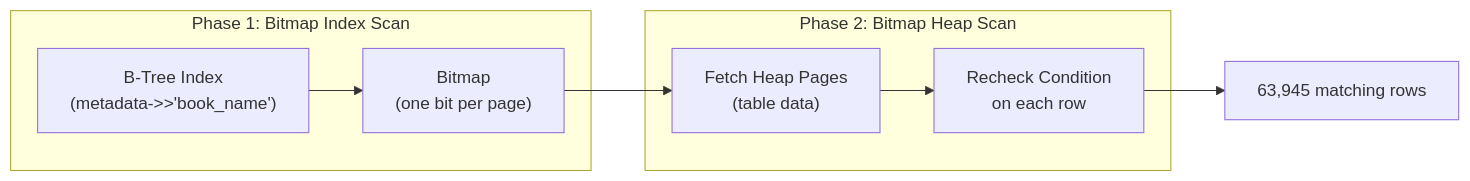
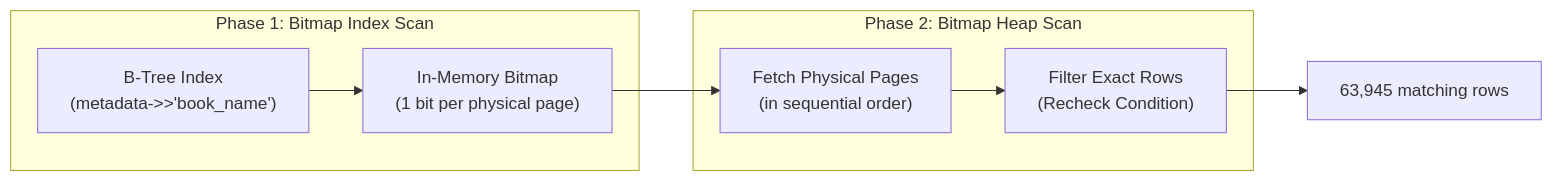
The second of 6 diagrams in README.md (tharindu-sankalpa/pgvector-filtering-investigation), drawn with Mermaid before and after one commit. The commit also changed other lines of this file, not shown here.

````diff
--- a/README.md
+++ b/README.md
@@ -309,11 +328,11 @@
 ```mermaid
 flowchart LR
     subgraph "Phase 1: Bitmap Index Scan"
-        BT["B-Tree Index<br/>(metadata->>'book_name')"] --> BM["Bitmap<br/>(one bit per page)"]
+        BT["B-Tree Index<br/>(metadata->>'book_name')"] --> BM["In-Memory Bitmap<br/>(1 bit per physical page)"]
     end
     subgraph "Phase 2: Bitmap Heap Scan"
-        BM --> HP["Fetch Heap Pages<br/>(table data)"]
-        HP --> RC["Recheck Condition<br/>on each row"]
+        BM --> HP["Fetch Physical Pages<br/>(in sequential order)"]
+        HP --> RC["Filter Exact Rows<br/>(Recheck Condition)"]
     end
     RC --> OUT["63,945 matching rows"]
 ```
````
